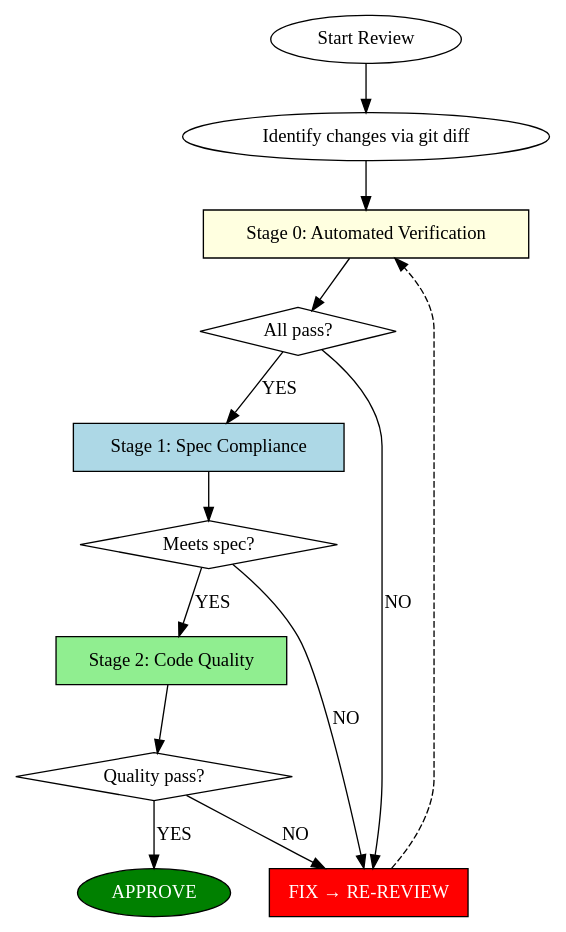
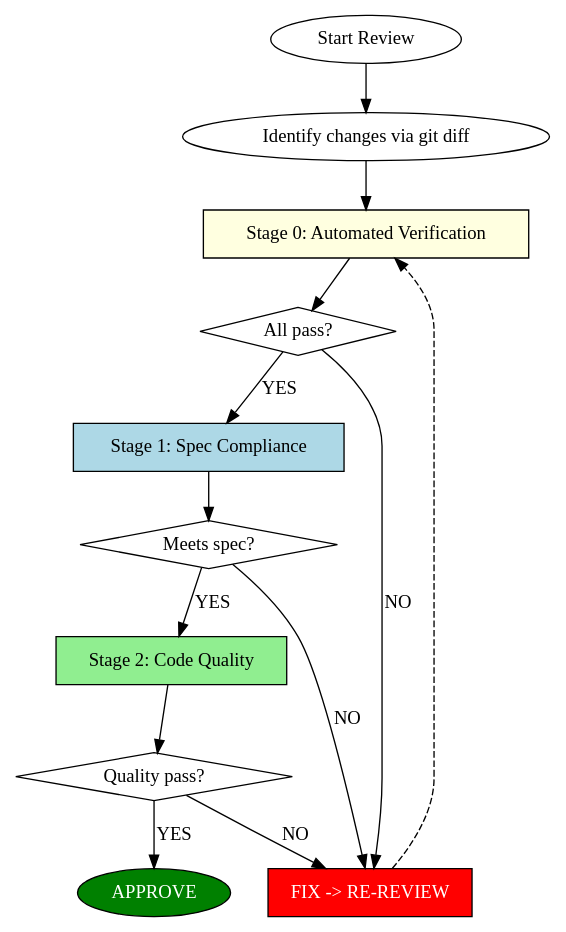
The diagram in skills/code-review/SKILL.md (toongri/oh-my-toong), drawn with Graphviz before and after one commit. The commit also changed other lines of this file and 3 other files, not shown here.

````diff
--- a/skills/code-review/SKILL.md
+++ b/skills/code-review/SKILL.md
@@ -16,27 +16,27 @@
 ```dot
 digraph review_stages {
     rankdir=TB;
 
     start [label="Start Review" shape=ellipse];
     diff [label="Identify changes via git diff"];
     stage0 [label="Stage 0: Automated Verification" shape=box style=filled fillcolor=lightyellow];
     verify_pass [label="All pass?" shape=diamond];
     stage1 [label="Stage 1: Spec Compliance" shape=box style=filled fillcolor=lightblue];
     spec_pass [label="Meets spec?" shape=diamond];
     stage2 [label="Stage 2: Code Quality" shape=box style=filled fillcolor=lightgreen];
     quality_pass [label="Quality pass?" shape=diamond];
     approve [label="APPROVE" shape=ellipse style=filled fillcolor=green fontcolor=white];
-    fix [label="FIX → RE-REVIEW" shape=box style=filled fillcolor=red fontcolor=white];
+    fix [label="FIX -> RE-REVIEW" shape=box style=filled fillcolor=red fontcolor=white];
 
     start -> diff -> stage0 -> verify_pass;
     verify_pass -> fix [label="NO"];
     verify_pass -> stage1 [label="YES"];
     stage1 -> spec_pass;
     spec_pass -> fix [label="NO"];
     spec_pass -> stage2 [label="YES"];
     fix -> stage0 [style=dashed];
     stage2 -> quality_pass;
     quality_pass -> fix [label="NO"];
     quality_pass -> approve [label="YES"];
 }
 ```
````
